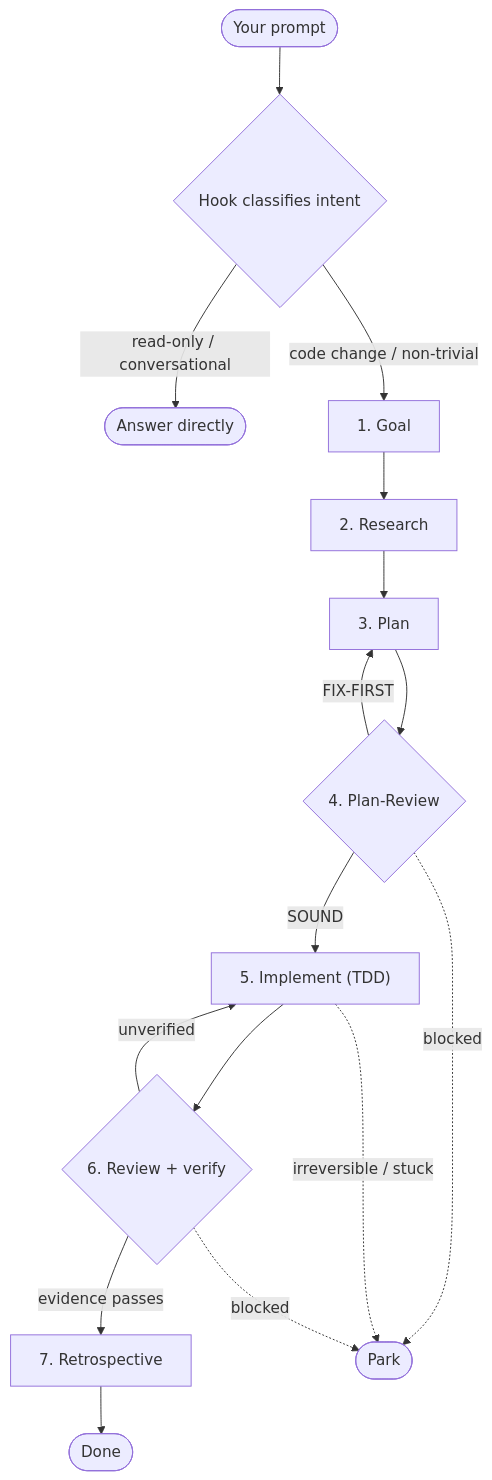
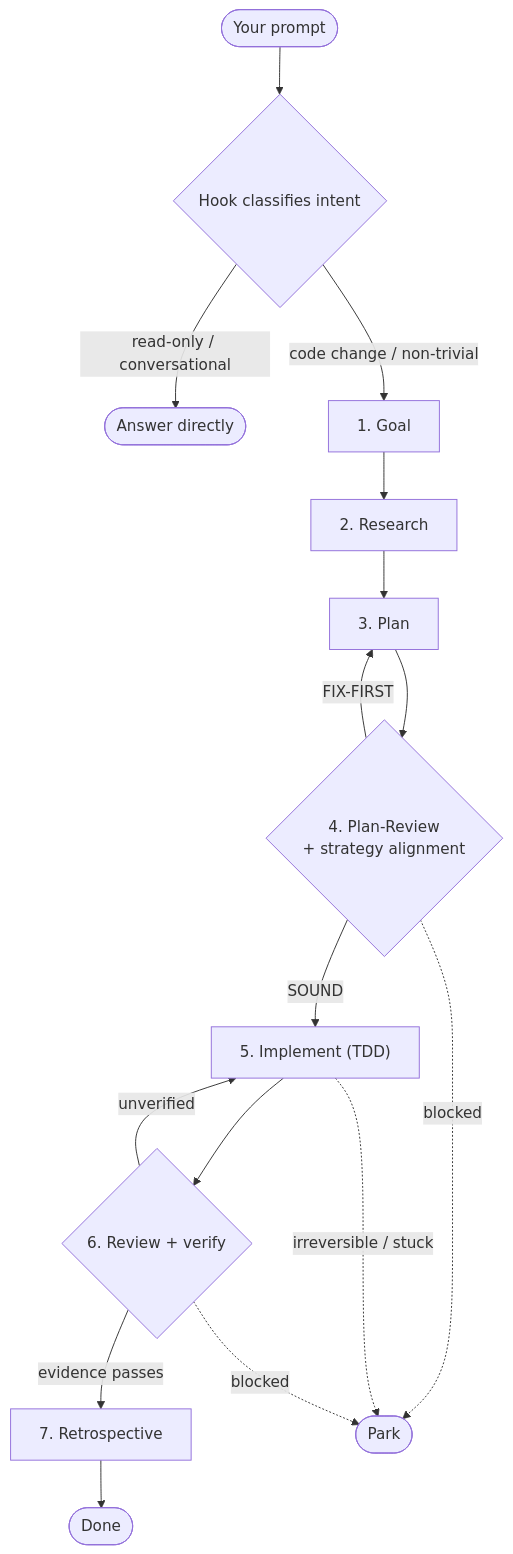
The second of 3 diagrams in README.md (swapnil-agrim/loopsmith), drawn with Mermaid before and after one commit. The commit also changed other lines of this file, not shown here.

First line of the commit message:
docs: restructure README — value prop -> options -> how -> architecture

````diff
--- a/README.md
+++ b/README.md
@@ -57,18 +90,18 @@
 ```mermaid
 flowchart TD
     P(["Your prompt"]) --> H{"Hook classifies intent"}
     H -->|"read-only / conversational"| ANS(["Answer directly"])
     H -->|"code change / non-trivial"| G["1. Goal"]
     G --> RS["2. Research"]
     RS --> PL["3. Plan"]
-    PL --> PR{"4. Plan-Review"}
+    PL --> PR{"4. Plan-Review<br/>+ strategy alignment"}
     PR -->|"FIX-FIRST"| PL
     PR -->|"SOUND"| IM["5. Implement (TDD)"]
     IM --> RV{"6. Review + verify"}
     RV -->|"unverified"| IM
     RV -->|"evidence passes"| RT["7. Retrospective"]
     RT --> DN(["Done"])
     PR -.->|"blocked"| PK(["Park"])
     IM -.->|"irreversible / stuck"| PK
     RV -.->|"blocked"| PK
 ```
````
